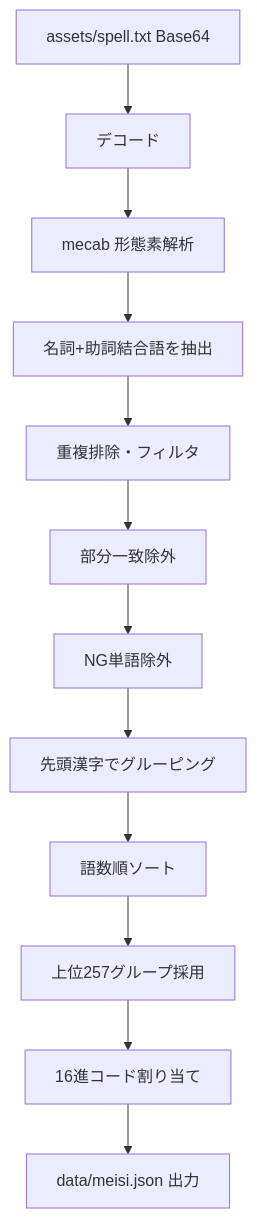
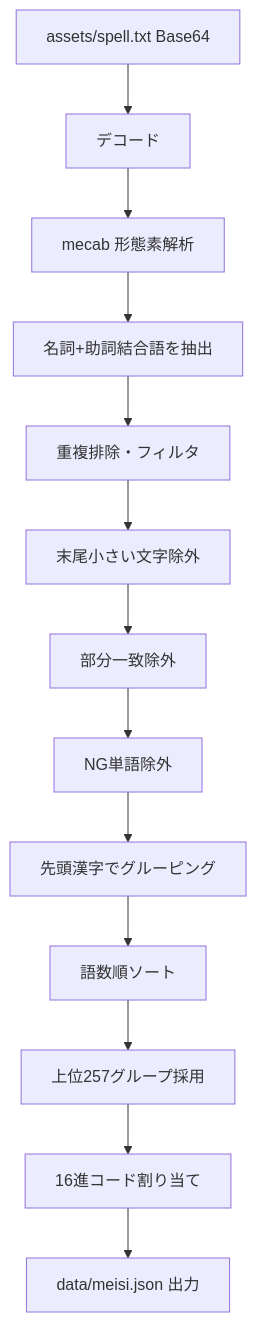
One commit to amanoese/yukichant changed the second of 11 diagrams in docs/dictionary-generation.md. Above: the diagram before and after it, drawn with Mermaid. The commit also changed other lines of this file and 5 other files, not shown here.

````diff
--- a/docs/dictionary-generation.md
+++ b/docs/dictionary-generation.md
@@ -130,14 +134,15 @@
 ```mermaid
 flowchart TD
     A[assets/spell.txt Base64] --> B[デコード]
     B --> C[mecab 形態素解析]
     C --> D[名詞+助詞結合語を抽出]
     D --> E[重複排除・フィルタ]
-    E --> F[部分一致除外]
-    F --> G[NG単語除外]
-    G --> H[先頭漢字でグルーピング]
-    H --> I[語数順ソート]
-    I --> J[上位257グループ採用]
-    J --> K[16進コード割り当て]
-    K --> L[data/meisi.json 出力]
+    E --> F[末尾小さい文字除外]
+    F --> G[部分一致除外]
+    G --> H[NG単語除外]
+    H --> I[先頭漢字でグルーピング]
+    I --> J[語数順ソート]
+    J --> K[上位257グループ採用]
+    K --> L[16進コード割り当て]
+    L --> M[data/meisi.json 出力]
 ```
````
